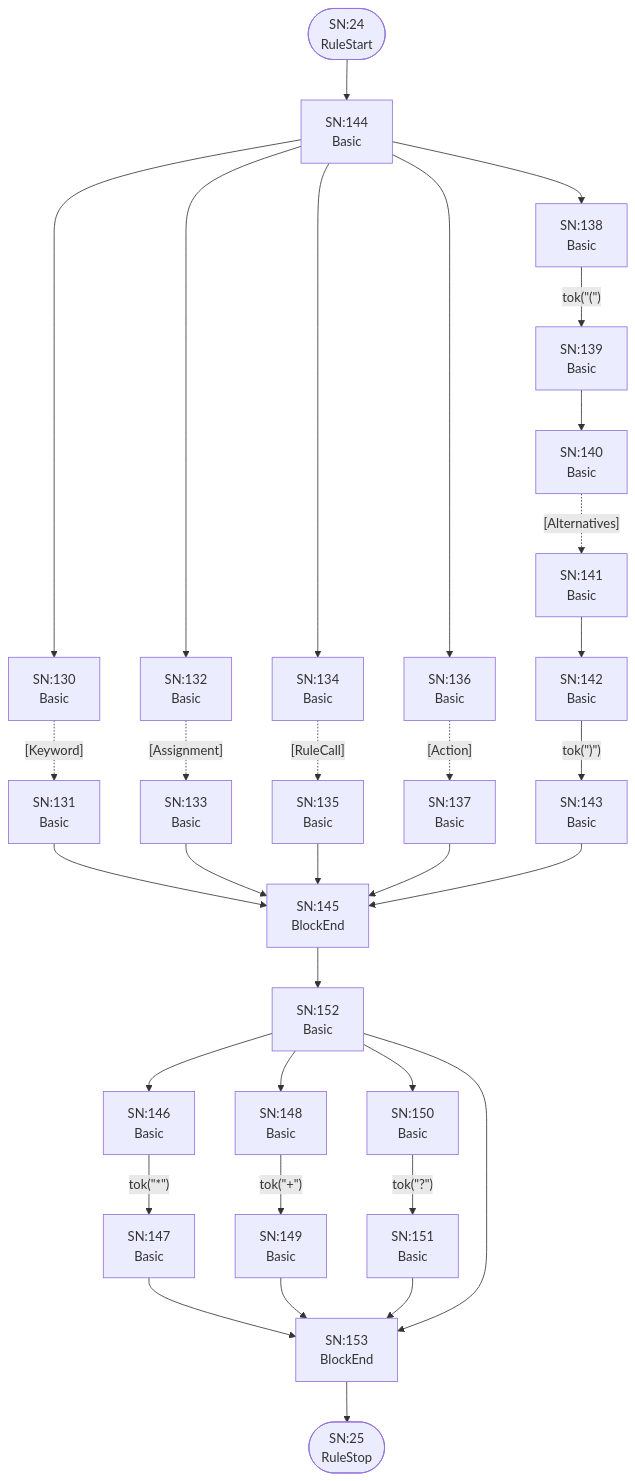
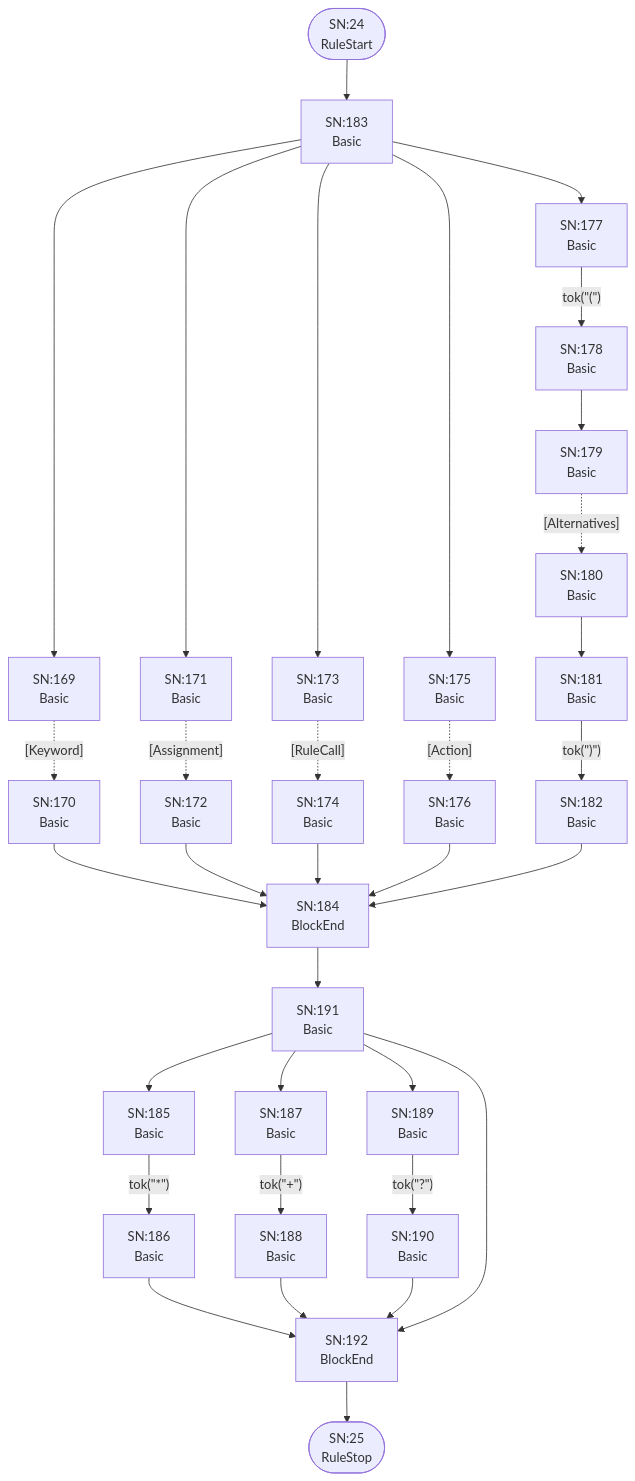
One commit to TypeFox/fastbelt changed diagram 13 of 25 in internal/grammar/atn.md. Above: the diagram before and after it, drawn with Mermaid. The commit also changed other lines of this file and 12 other files, not shown here.

````diff
--- a/internal/grammar/atn.md
+++ b/internal/grammar/atn.md
@@ -382,62 +382,62 @@
 ```mermaid
 flowchart TD
     q24(["SN:24<br/>RuleStart"])
     q25(["SN:25<br/>RuleStop"])
-    q130["SN:130<br/>Basic<br/>"]
-    q131["SN:131<br/>Basic<br/>"]
-    q132["SN:132<br/>Basic<br/>"]
-    q133["SN:133<br/>Basic<br/>"]
-    q134["SN:134<br/>Basic<br/>"]
-    q135["SN:135<br/>Basic<br/>"]
-    q136["SN:136<br/>Basic<br/>"]
-    q137["SN:137<br/>Basic<br/>"]
-    q138["SN:138<br/>Basic<br/>"]
-    q139["SN:139<br/>Basic<br/>"]
-    q140["SN:140<br/>Basic<br/>"]
-    q141["SN:141<br/>Basic<br/>"]
-    q142["SN:142<br/>Basic<br/>"]
-    q143["SN:143<br/>Basic<br/>"]
-    q144["SN:144<br/>Basic<br/>"]
-    q145["SN:145<br/>BlockEnd<br/>"]
-    q146["SN:146<br/>Basic<br/>"]
-    q147["SN:147<br/>Basic<br/>"]
-    q148["SN:148<br/>Basic<br/>"]
-    q149["SN:149<br/>Basic<br/>"]
-    q150["SN:150<br/>Basic<br/>"]
-    q151["SN:151<br/>Basic<br/>"]
-    q152["SN:152<br/>Basic<br/>"]
-    q153["SN:153<br/>BlockEnd<br/>"]
+    q169["SN:169<br/>Basic<br/>"]
+    q170["SN:170<br/>Basic<br/>"]
+    q171["SN:171<br/>Basic<br/>"]
+    q172["SN:172<br/>Basic<br/>"]
+    q173["SN:173<br/>Basic<br/>"]
+    q174["SN:174<br/>Basic<br/>"]
+    q175["SN:175<br/>Basic<br/>"]
+    q176["SN:176<br/>Basic<br/>"]
+    q177["SN:177<br/>Basic<br/>"]
+    q178["SN:178<br/>Basic<br/>"]
+    q179["SN:179<br/>Basic<br/>"]
+    q180["SN:180<br/>Basic<br/>"]
+    q181["SN:181<br/>Basic<br/>"]
+    q182["SN:182<br/>Basic<br/>"]
+    q183["SN:183<br/>Basic<br/>"]
+    q184["SN:184<br/>BlockEnd<br/>"]
+    q185["SN:185<br/>Basic<br/>"]
+    q186["SN:186<br/>Basic<br/>"]
+    q187["SN:187<br/>Basic<br/>"]
+    q188["SN:188<br/>Basic<br/>"]
+    q189["SN:189<br/>Basic<br/>"]
+    q190["SN:190<br/>Basic<br/>"]
+    q191["SN:191<br/>Basic<br/>"]
+    q192["SN:192<br/>BlockEnd<br/>"]
 
-    q24 --> q144
-    q130 -.->|"[Keyword]"| q131
-    q131 --> q145
-    q132 -.->|"[Assignment]"| q133
-    q133 --> q145
-    q134 -.->|"[RuleCall]"| q135
-    q135 --> q145
-    q136 -.->|"[Action]"| q137
-    q137 --> q145
-    q138 -->|"tok(&quot;(&quot;)"| q139
-    q139 --> q140
-    q140 -.->|"[Alternatives]"| q141
-    q141 --> q142
-    q142 -->|"tok(&quot;)&quot;)"| q143
-    q143 --> q145
-    q144 --> q130
-    q144 --> q132
-    q144 --> q134
-    q144 --> q136
-    q144 --> q138
-    q145 --> q152
-    q146 -->|"tok(&quot;*&quot;)"| q147
-    q147 --> q153
-    q148 -->|"tok(&quot;+&quot;)"| q149
-    q149 --> q153
-    q150 -->|"tok(&quot;?&quot;)"| q151
-    q151 --> q153
-    q152 --> q146
-    q152 --> q148
-    q152 --> q150
-    q152 --> q153
-    q153 --> q25
+    q24 --> q183
+    q169 -.->|"[Keyword]"| q170
+    q170 --> q184
+    q171 -.->|"[Assignment]"| q172
+    q172 --> q184
+    q173 -.->|"[RuleCall]"| q174
+    q174 --> q184
+    q175 -.->|"[Action]"| q176
+    q176 --> q184
+    q177 -->|"tok(&quot;(&quot;)"| q178
+    q178 --> q179
+    q179 -.->|"[Alternatives]"| q180
+    q180 --> q181
+    q181 -->|"tok(&quot;)&quot;)"| q182
+    q182 --> q184
+    q183 --> q169
+    q183 --> q171
+    q183 --> q173
+    q183 --> q175
+    q183 --> q177
+    q184 --> q191
+    q185 -->|"tok(&quot;*&quot;)"| q186
+    q186 --> q192
+    q187 -->|"tok(&quot;+&quot;)"| q188
+    q188 --> q192
+    q189 -->|"tok(&quot;?&quot;)"| q190
+    q190 --> q192
+    q191 --> q185
+    q191 --> q187
+    q191 --> q189
+    q191 --> q192
+    q192 --> q25
 ```
````
